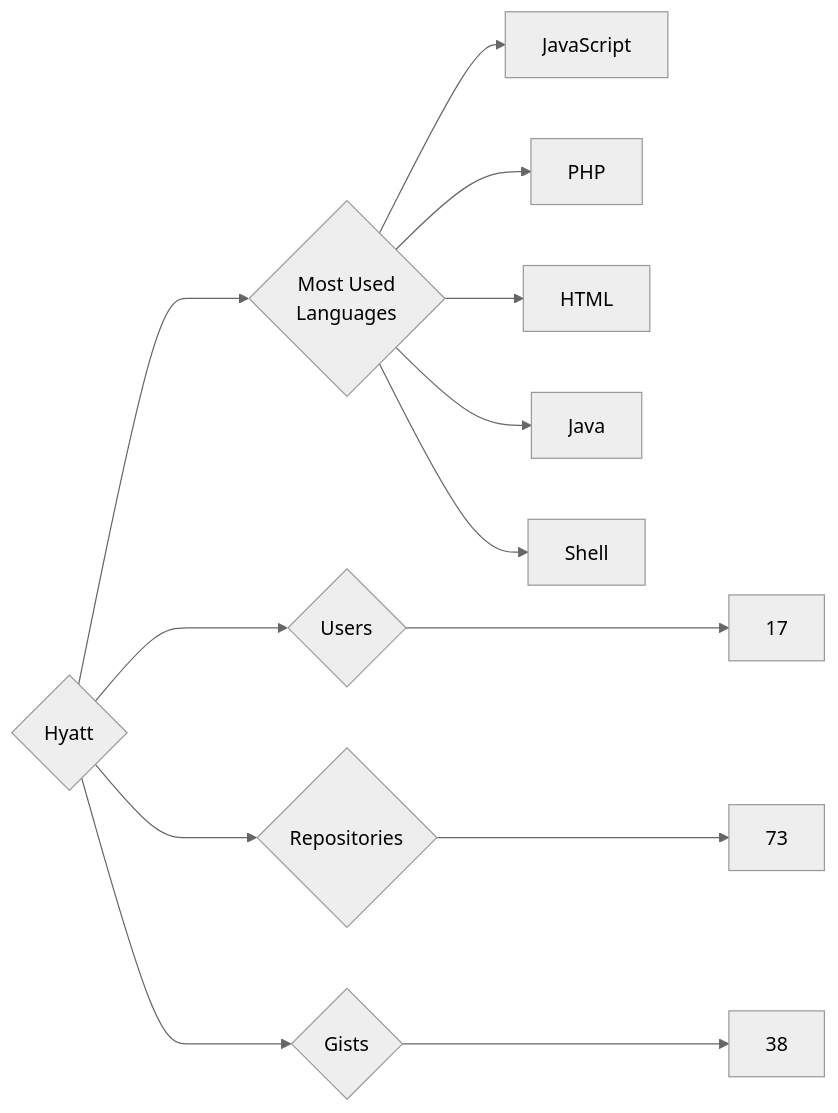
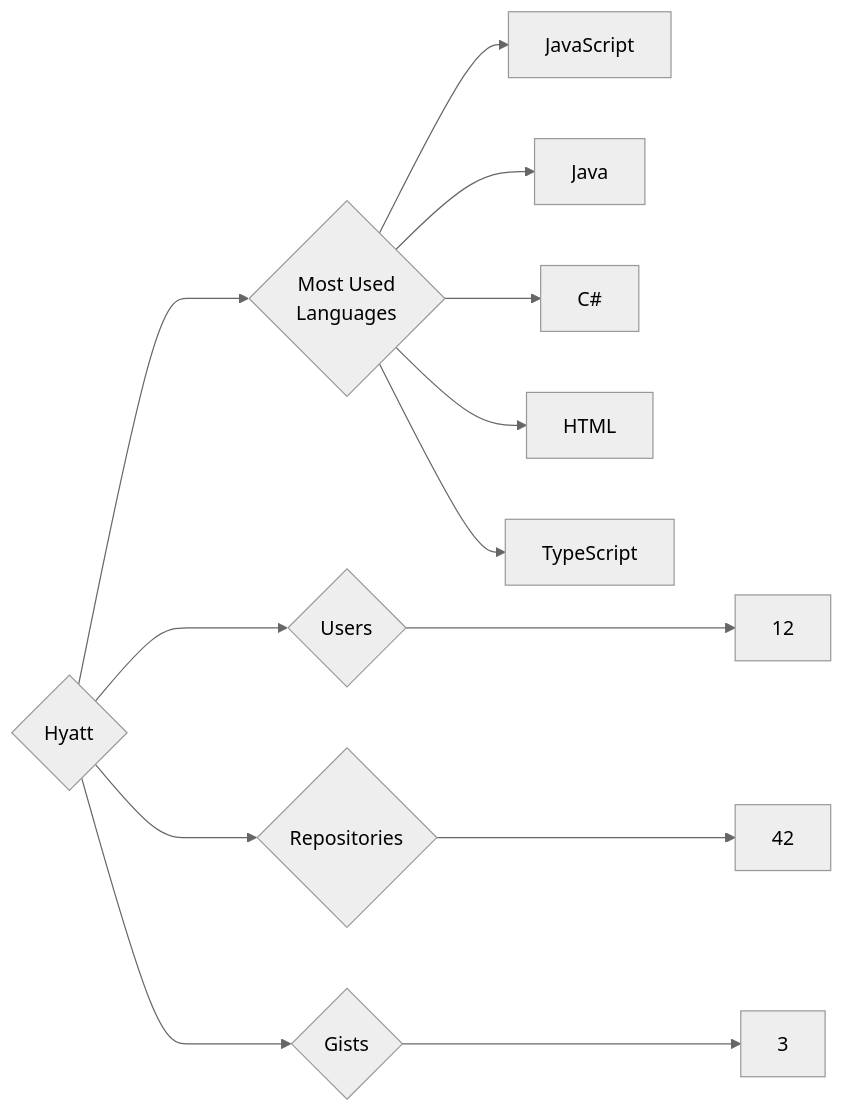
One commit to trickest/insiders changed the diagram in targets/Hyatt/README.md. Above: the diagram before and after it, drawn with Mermaid (neutral theme). The commit also changed 823 other files, not shown here.

````diff
--- a/targets/Hyatt/README.md
+++ b/targets/Hyatt/README.md
@@ -3,13 +3,13 @@
 ```mermaid
 graph LR
 COMPANY_NAME{Hyatt}
-COMPANY_NAME ---> U{Users} ---> UN[17]
-COMPANY_NAME ---> R{Repositories} ---> RN[73]
-COMPANY_NAME ---> G{Gists} ---> GN[38]
+COMPANY_NAME ---> U{Users} ---> UN[12]
+COMPANY_NAME ---> R{Repositories} ---> RN[42]
+COMPANY_NAME ---> G{Gists} ---> GN[3]
 COMPANY_NAME ---> ML{Most Used<br>Languages}
 ML --> JavaScript[JavaScript]
-ML --> PHP[PHP]
+ML --> Java[Java]
+ML --> C#[C#]
 ML --> HTML[HTML]
-ML --> Java[Java]
-ML --> Shell[Shell]
+ML --> TypeScript[TypeScript]
 ```
````
